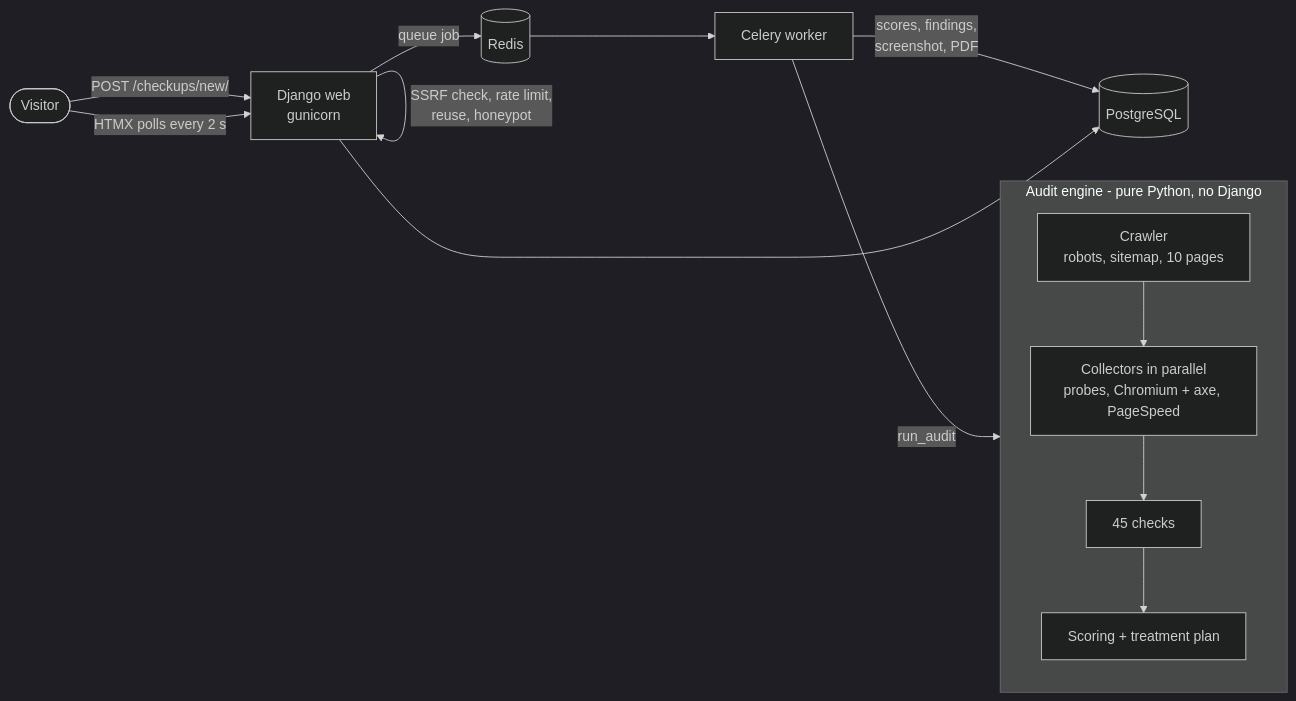
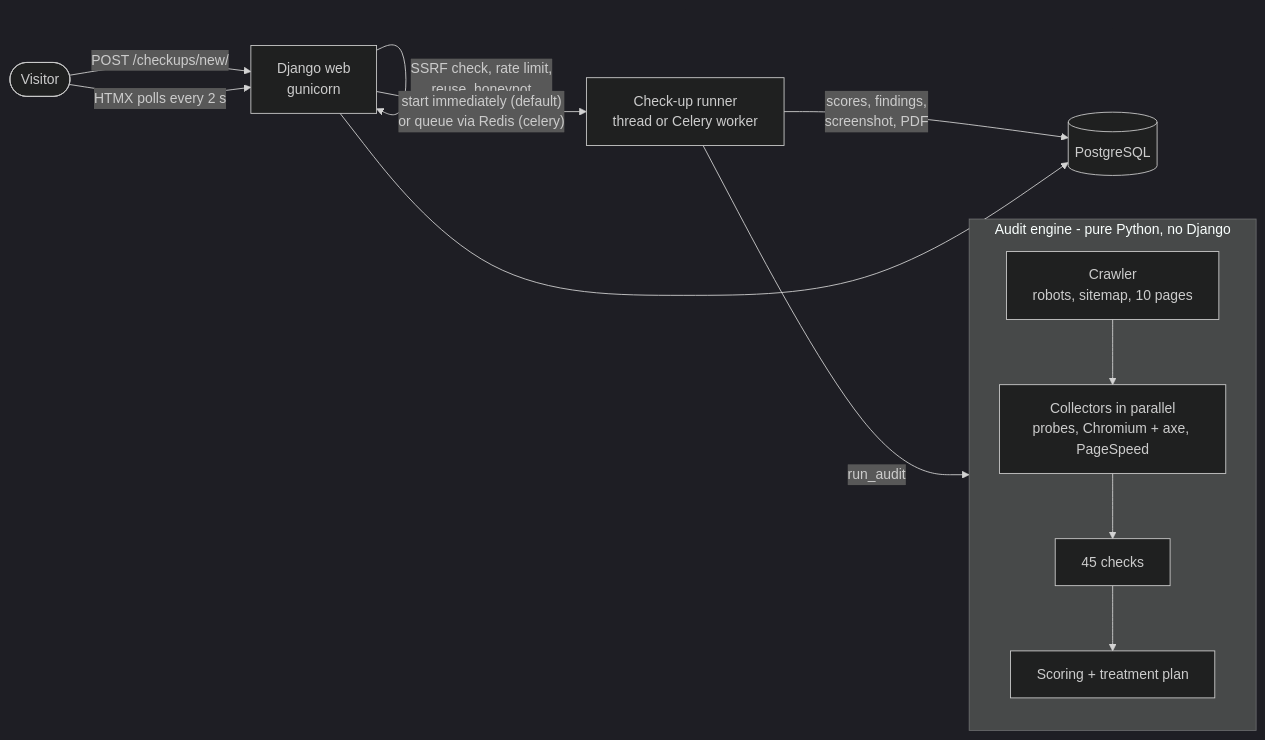
Before and after one commit to rdhafiz/bizzcheckup: the diagram in README.md, drawn with Mermaid (dark theme). The commit also changed other lines of this file and 6 other files, not shown here.

````diff
--- a/README.md
+++ b/README.md
@@ -56,19 +56,18 @@
 ```mermaid
 flowchart LR
     V([Visitor]) -->|POST /checkups/new/| W[Django web<br/>gunicorn]
     W -->|SSRF check, rate limit,<br/>reuse, honeypot| W
-    W -->|queue job| R[(Redis)]
-    R --> K[Celery worker]
+    W -->|"start immediately (default)<br/>or queue via Redis (celery)"| K[Check-up runner<br/>thread or Celery worker]
     K -->|run_audit| E
 
     subgraph E [Audit engine - pure Python, no Django]
       direction TB
       C[Crawler<br/>robots, sitemap, 10 pages] --> X
       X[Collectors in parallel<br/>probes, Chromium + axe, PageSpeed] --> CH[45 checks]
       CH --> S[Scoring + treatment plan]
     end
 
     K -->|scores, findings,<br/>screenshot, PDF| P[(PostgreSQL)]
     V -->|HTMX polls every 2 s| W
     W --> P
 ```
````
